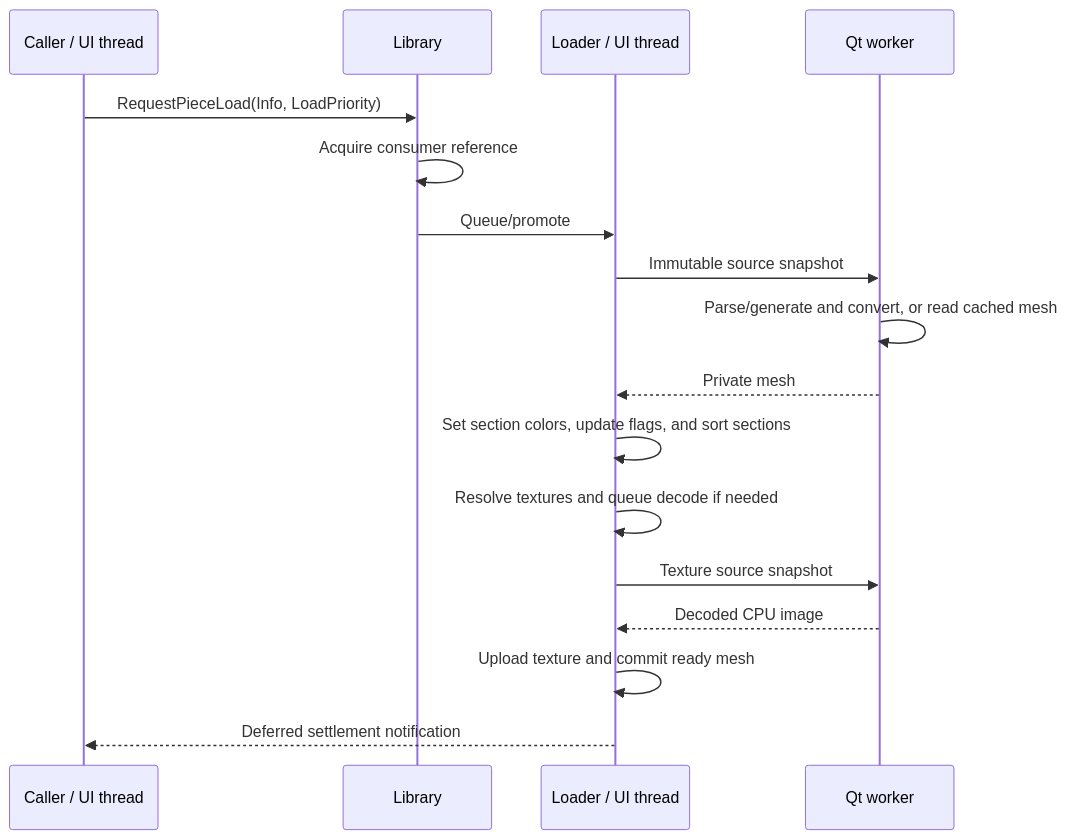
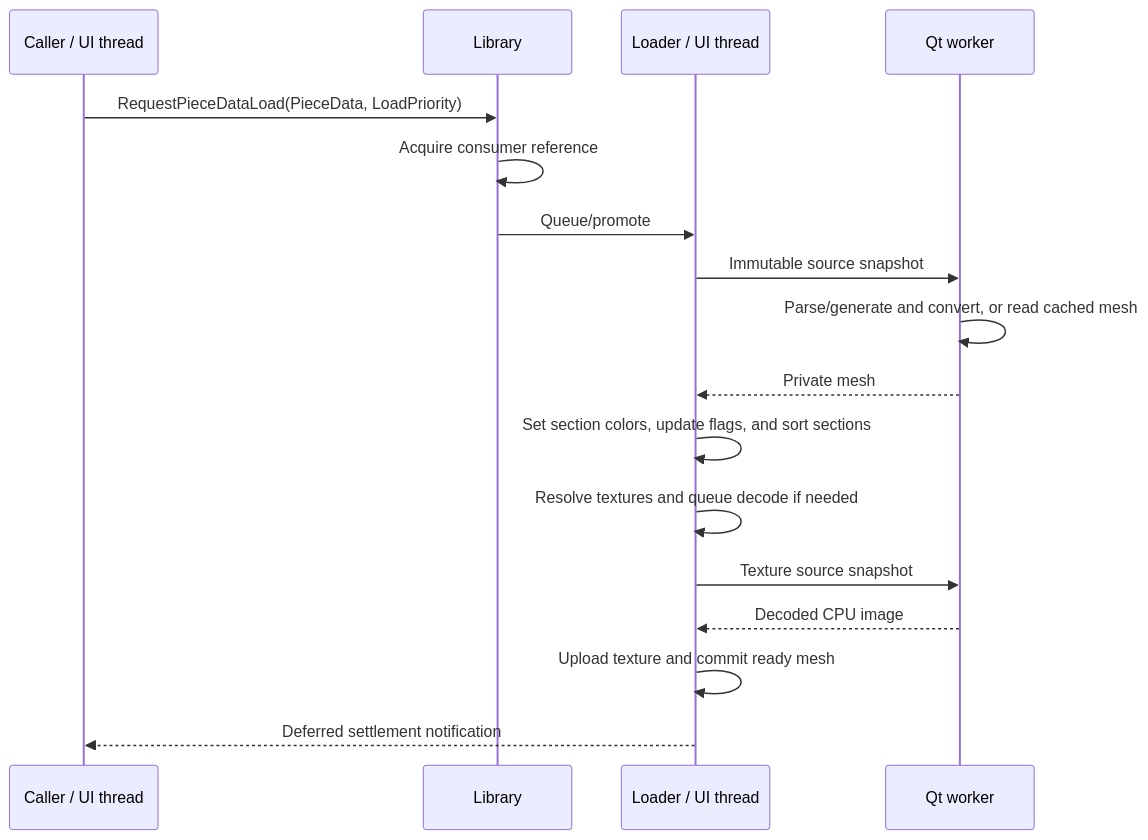
The second of 2 diagrams in docs/asset-loading.md (nathaneltitane/studworx), drawn with Mermaid before and after one commit. The commit also changed other lines of this file and 53 other files, not shown here.

First line of the commit message:
Rename PieceInfo to lcPieceData

````diff
--- a/docs/asset-loading.md
+++ b/docs/asset-loading.md
@@ -325,19 +325,19 @@
 ```mermaid
 sequenceDiagram
     participant Caller as Caller / UI thread
     participant Library as Library
     participant Loader as Loader / UI thread
     participant Worker as Qt worker
-    Caller->>Library: RequestPieceLoad(Info, LoadPriority)
+    Caller->>Library: RequestPieceDataLoad(PieceData, LoadPriority)
     Library->>Library: Acquire consumer reference
     Library->>Loader: Queue/promote
     Loader->>Worker: Immutable source snapshot
     Worker->>Worker: Parse/generate and convert, or read cached mesh
     Worker-->>Loader: Private mesh
     Loader->>Loader: Set section colors, update flags, and sort sections
     Loader->>Loader: Resolve textures and queue decode if needed
     Loader->>Worker: Texture source snapshot
     Worker-->>Loader: Decoded CPU image
     Loader->>Loader: Upload texture and commit ready mesh
     Loader-->>Caller: Deferred settlement notification
 ```
````
